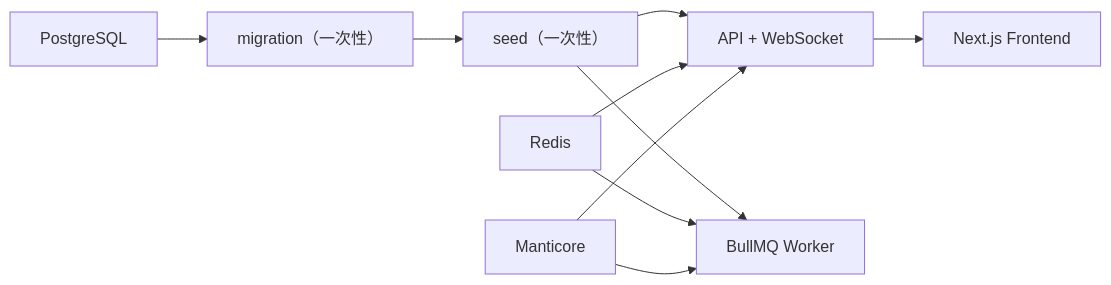
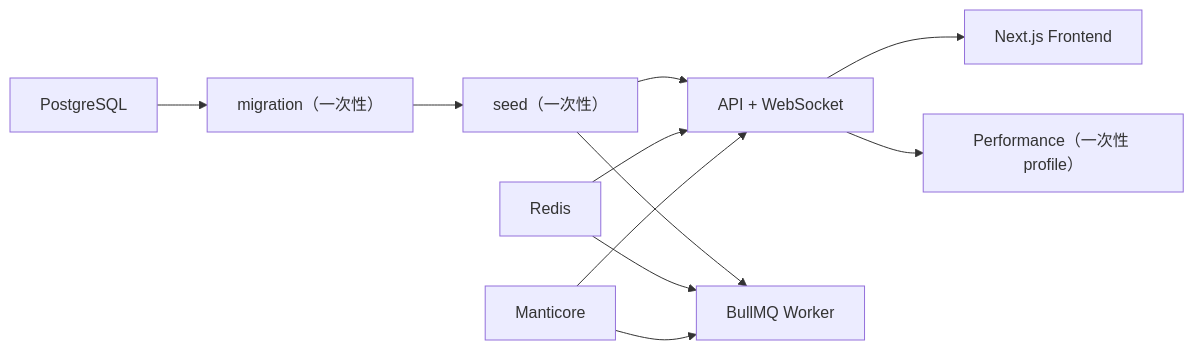
Before and after one commit to rezoch340/R2RPC: the diagram in docs/superpowers/specs/2026-07-24-unified-configuration-compose-design.md, drawn with Mermaid. The commit also changed other lines of this file and 27 other files, not shown here.

````diff
--- a/docs/superpowers/specs/2026-07-24-unified-configuration-compose-design.md
+++ b/docs/superpowers/specs/2026-07-24-unified-configuration-compose-design.md
@@ -45,12 +48,13 @@
 ```mermaid
 flowchart LR
   Postgres["PostgreSQL"] --> Migration["migration（一次性）"]
   Migration --> Seed["seed（一次性）"]
   Seed --> API["API + WebSocket"]
   Seed --> Worker["BullMQ Worker"]
   Redis["Redis"] --> API
   Redis --> Worker
   Manticore["Manticore"] --> API
   Manticore --> Worker
   API --> Frontend["Next.js Frontend"]
+  API --> Performance["Performance（一次性 profile）"]
 ```
````
